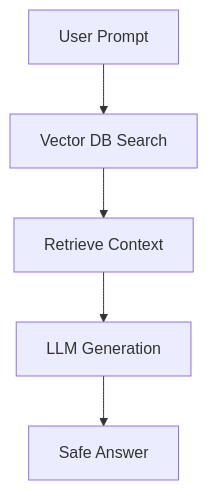
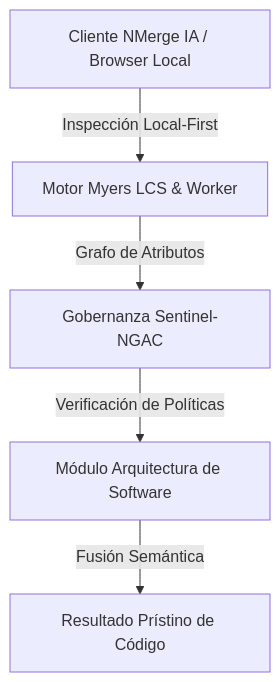
One commit to gjpierp/nmergeia changed the diagram in public/docs/en/tema_13_llm_rag.md. Above: the diagram before and after it, drawn with Mermaid. The commit also changed other lines of this file and 518 other files, not shown here.

````diff
--- a/public/docs/en/tema_13_llm_rag.md
+++ b/public/docs/en/tema_13_llm_rag.md
@@ -11,7 +40,7 @@
 ```mermaid
 graph TD
-  A[User Prompt] --> B[Vector DB Search]
-  B --> C[Retrieve Context]
-  C --> D[LLM Generation]
-  D --> E[Safe Answer]
+    A[Cliente NMerge IA / Browser Local] -->|Inspección Local-First| B[Motor Myers LCS & Worker]
+    B -->|Grafo de Atributos| C[Gobernanza Sentinel-NGAC]
+    C -->|Verificación de Políticas| D[Módulo Arquitectura de Software]
+    D -->|Fusión Semántica| E[Resultado Prístino de Código]
 ```
````
